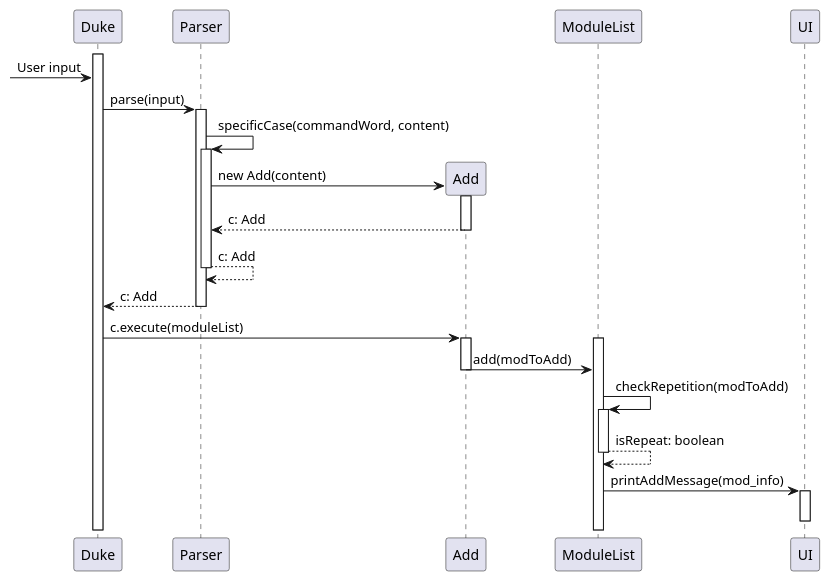
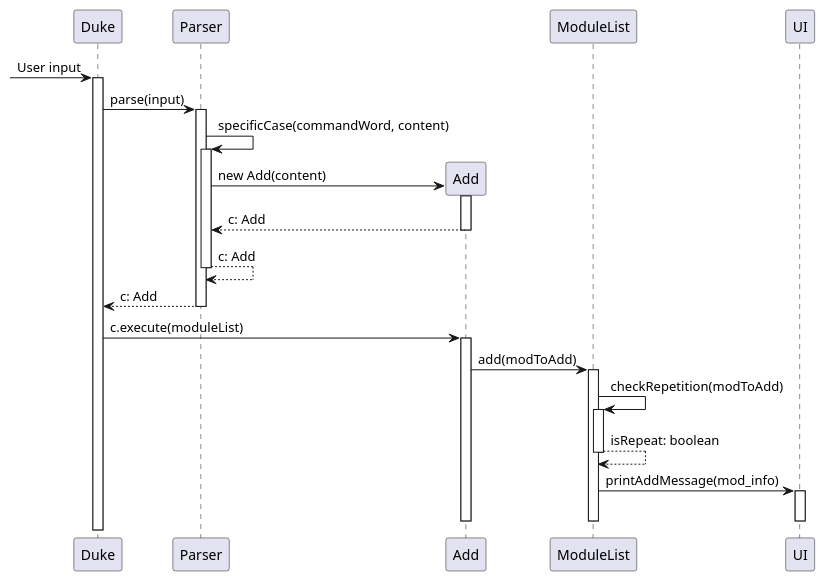
The diagram in docs/diagrams/AddUML.puml (nus-cs2113-AY2223S1/tp), drawn with PlantUML before and after one commit. The commit also changed 21 other files, not shown here.

Commit message:
Updates to all sequence diagrams of DG

```diff
--- a/docs/diagrams/AddUML.puml
+++ b/docs/diagrams/AddUML.puml
@@ -4,27 +4,28 @@
 @startuml
+[-> Duke: User input
 activate Duke
-[-> Duke: User input
 Duke -> Parser: parse(input)
 activate Parser
 Parser -> Parser: specificCase(commandWord, content)
 activate Parser
 create Add
 Parser -> Add: new Add(content)
 activate Add
 return c: Add
 return c: Add
 return c: Add
 deactivate Parser
 Duke -> Add: c.execute(moduleList)
 activate Add
+Add -> ModuleList: add(modToAdd)
 activate ModuleList
-Add -> ModuleList: add(modToAdd)
-deactivate Add
 ModuleList -> ModuleList: checkRepetition(modToAdd)
 activate ModuleList
 return isRepeat: boolean
 ModuleList -> UI: printAddMessage(mod_info)
 activate UI
 deactivate UI
+deactivate ModuleList
+deactivate Add
 
 @enduml
```
